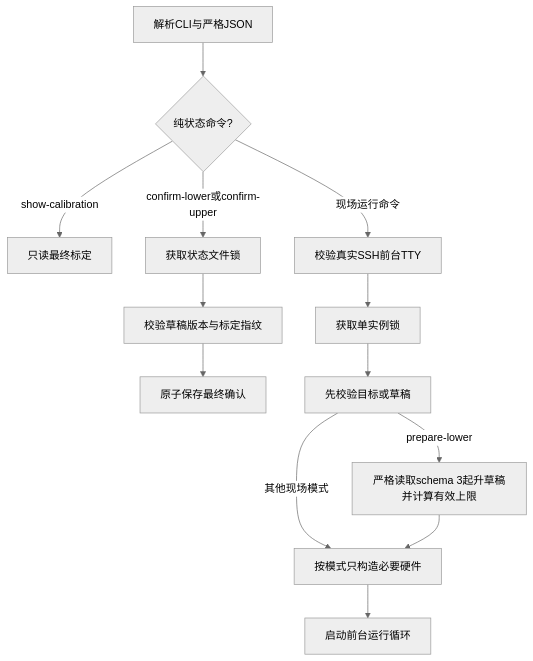
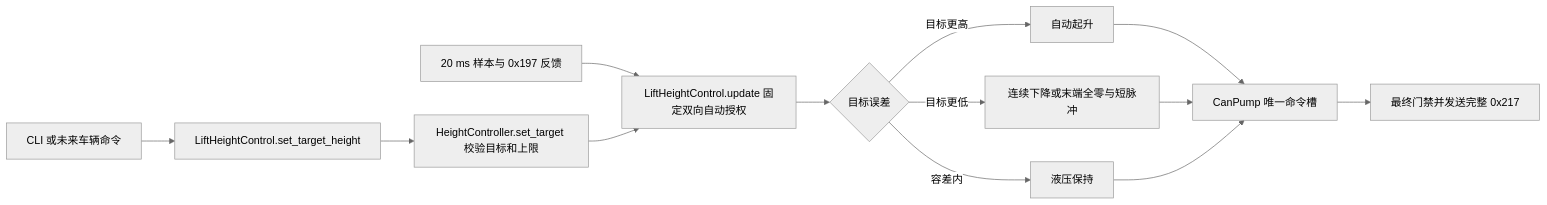
Before and after one commit to olCdo/agv-lift-height-control: the first of 3 diagrams in docs/维护地图.md, drawn with Mermaid (neutral theme). The commit also changed other lines of this file and 3 other files, not shown here.

````diff
--- a/docs/维护地图.md
+++ b/docs/维护地图.md
@@ -158,15 +177,15 @@
 ```mermaid
-flowchart TD
-    A[解析CLI与严格JSON] --> B{纯状态命令?}
-    B -->|show-calibration| C[只读最终标定]
-    B -->|confirm-lower或confirm-upper| D[获取状态文件锁]
-    D --> E[校验草稿版本与标定指纹]
-    E --> F[原子保存最终确认]
-    B -->|现场运行命令| G[校验真实SSH前台TTY]
-    G --> H[获取单实例锁]
-    H --> I[先校验目标或草稿]
-    I -->|prepare-lower| P[严格读取schema 3起升草稿并计算有效上限]
-    I -->|其他现场模式| J[按模式只构造必要硬件]
-    P --> J
-    J --> K[启动前台运行循环]
+flowchart LR
+    A["CLI 或未来车辆命令"] --> B["LiftHeightControl.set_target_height"]
+    B --> C["HeightController.set_target 校验目标和上限"]
+    D["20 ms 样本与 0x197 反馈"] --> E["LiftHeightControl.update 固定双向自动授权"]
+    C --> E
+    E --> F{"目标误差"}
+    F -->|目标更高| G["自动起升"]
+    F -->|目标更低| H["连续下降或末端全零与短脉冲"]
+    F -->|容差内| I["液压保持"]
+    G --> J["CanPump 唯一命令槽"]
+    H --> J
+    I --> J
+    J --> K["最终门禁并发送完整 0x217"]
 ```
````
